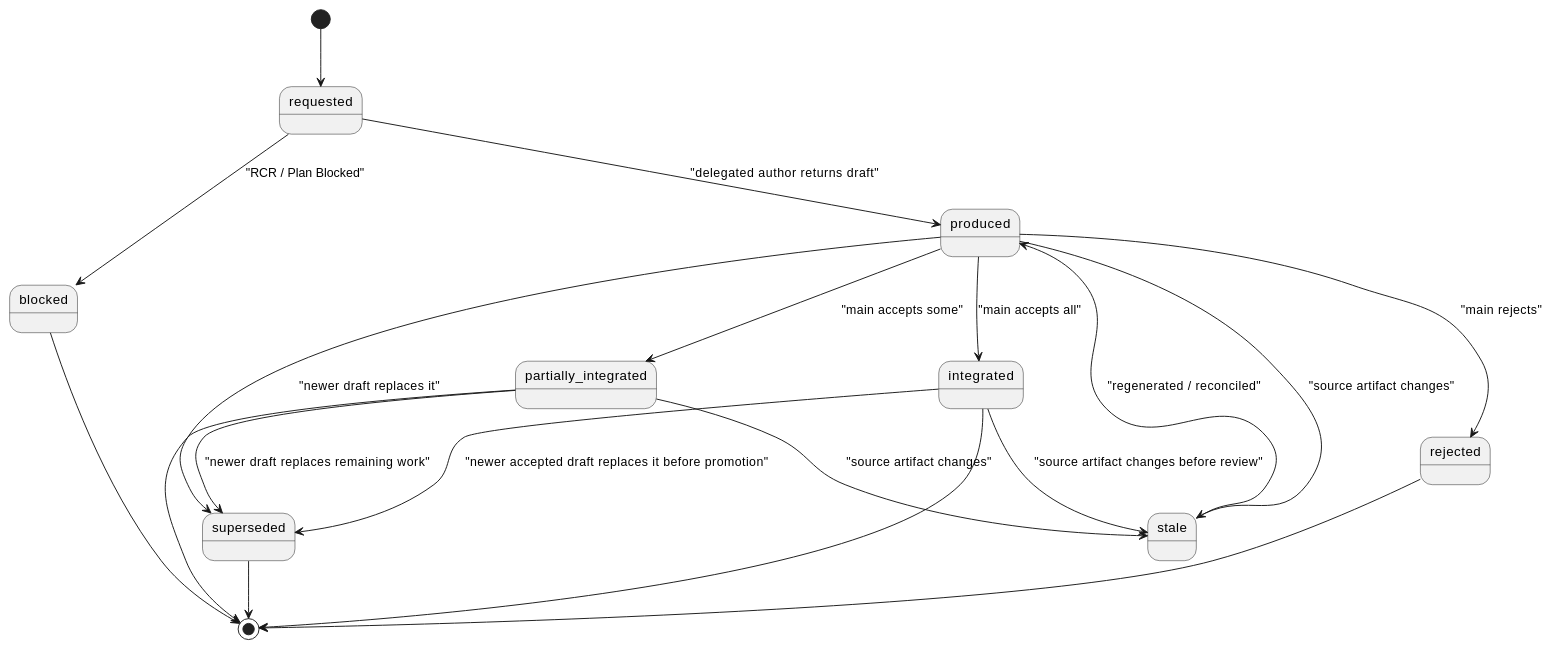
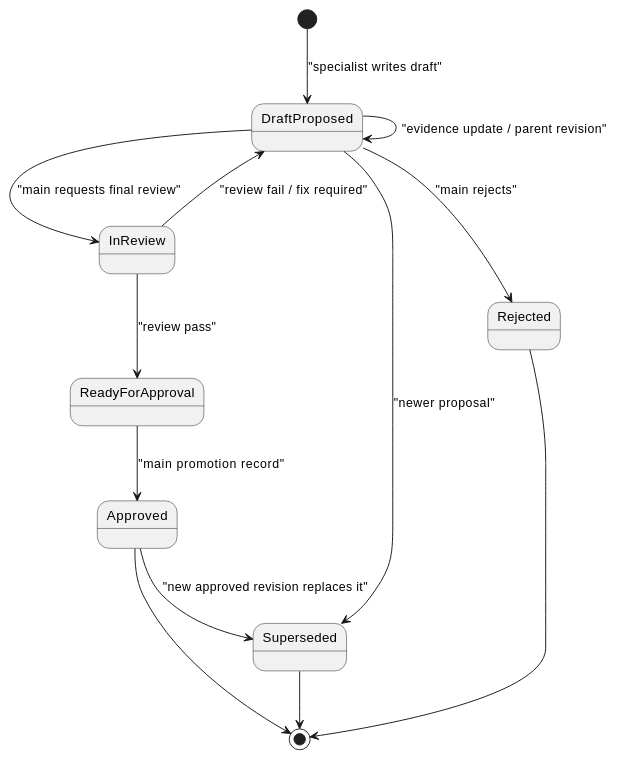
The second of 2 diagrams in spec-dock/initiatives/init-local-00003-architecture-maintenance-and-hardening/epics/epic-00112-delegated-authoring-architecture/design.md (chemitaro/spec-dock), drawn with PlantUML before and after one commit. The commit also changed other lines of this file and 40 other files, not shown here.

````diff
--- a/spec-dock/initiatives/init-local-00003-architecture-maintenance-and-hardening/epics/epic-00112-delegated-authoring-architecture/design.md
+++ b/spec-dock/initiatives/init-local-00003-architecture-maintenance-and-hardening/epics/epic-00112-delegated-authoring-architecture/design.md
@@ -456,24 +426,18 @@
 ```plantuml
 @startuml
 skinparam monochrome true
 
-[*] --> requested
-requested --> produced : "delegated author returns draft"
-requested --> blocked : "RCR / Plan Blocked"
-produced --> integrated : "main accepts all"
-produced --> partially_integrated : "main accepts some"
-produced --> rejected : "main rejects"
-produced --> superseded : "newer draft replaces it"
-produced --> stale : "source artifact changes"
-integrated --> superseded : "newer accepted draft replaces it before promotion"
-partially_integrated --> stale : "source artifact changes"
-partially_integrated --> superseded : "newer draft replaces remaining work"
-integrated --> stale : "source artifact changes before review"
-stale --> produced : "regenerated / reconciled"
-integrated --> [*]
-partially_integrated --> [*]
-rejected --> [*]
-superseded --> [*]
-blocked --> [*]
+[*] --> DraftProposed : "specialist writes draft"
+DraftProposed --> DraftProposed : "evidence update / parent revision"
+DraftProposed --> InReview : "main requests final review"
+InReview --> DraftProposed : "review fail / fix required"
+InReview --> ReadyForApproval : "review pass"
+ReadyForApproval --> Approved : "main promotion record"
+DraftProposed --> Rejected : "main rejects"
+DraftProposed --> Superseded : "newer proposal"
+Approved --> Superseded : "new approved revision replaces it"
+Rejected --> [*]
+Superseded --> [*]
+Approved --> [*]
 @enduml
 ```
````
